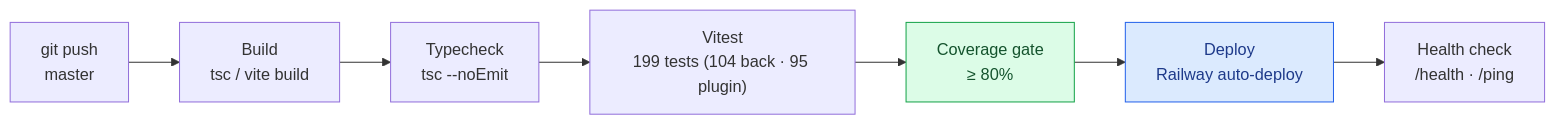
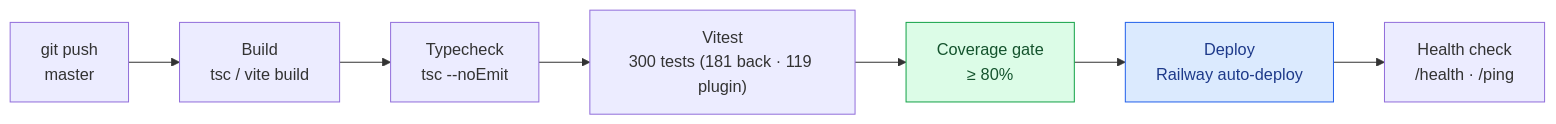
The sixth of 6 diagrams in docs/BC01/01-architecture.md (Hardi99/design-guardian), drawn with Mermaid before and after one commit. The commit also changed 14 other files, not shown here.

````diff
--- a/docs/BC01/01-architecture.md
+++ b/docs/BC01/01-architecture.md
@@ -240,12 +240,12 @@
 ```mermaid
 graph LR
     Commit["git push<br/>master"] --> Build["Build<br/>tsc / vite build"]
     Build --> Types["Typecheck<br/>tsc --noEmit"]
-    Types --> Tests["Vitest<br/>199 tests (104 back · 95 plugin)"]
+    Types --> Tests["Vitest<br/>300 tests (181 back · 119 plugin)"]
     Tests --> Coverage["Coverage gate<br/>≥ 80%"]
     Coverage --> Deploy["Deploy<br/>Railway auto-deploy"]
     Deploy --> Health["Health check<br/>/health · /ping"]
 
     style Coverage fill:#dcfce7,stroke:#16a34a,color:#14532d
     style Deploy fill:#dbeafe,stroke:#2563eb,color:#1e3a8a
 ```
````
